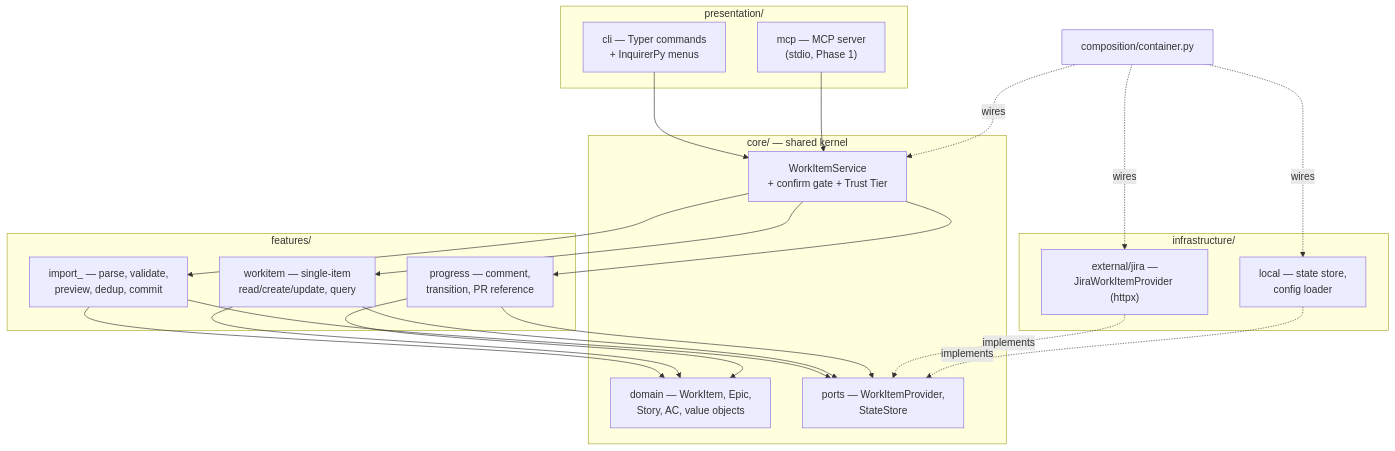
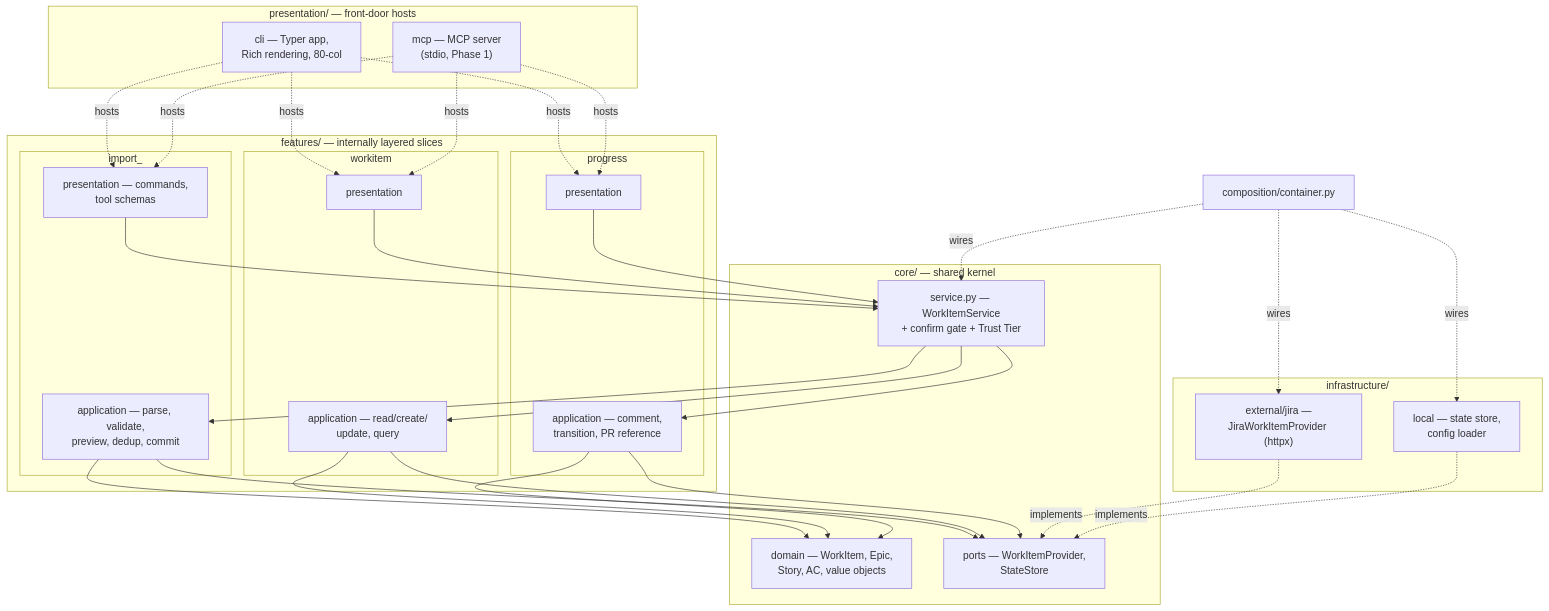
One commit to alonsovndev/dev-work-wire-docs changed the second of 2 diagrams in docs/03-architecture/core/architecture-solution-design.md. Above: the diagram before and after it, drawn with Mermaid. The commit also changed other lines of this file and 6 other files, not shown here.

````diff
--- a/docs/03-architecture/core/architecture-solution-design.md
+++ b/docs/03-architecture/core/architecture-solution-design.md
@@ -101,43 +105,60 @@
 ```mermaid
 flowchart TB
-  subgraph presentation["presentation/"]
-    CLI["cli — Typer commands<br/>+ InquirerPy menus"]
+  subgraph hosts["presentation/ — front-door hosts"]
+    CLI["cli — Typer app,<br/>Rich rendering, 80-col"]
     MCPS["mcp — MCP server<br/>(stdio, Phase 1)"]
   end
 
+  subgraph features["features/ — internally layered slices"]
+    subgraph imp["import_"]
+      IMPP["presentation — commands,<br/>tool schemas"]
+      IMPA["application — parse, validate,<br/>preview, dedup, commit"]
+    end
+    subgraph wi["workitem"]
+      WIP["presentation"]
+      WIA["application — read/create/<br/>update, query"]
+    end
+    subgraph prog["progress"]
+      PROGP["presentation"]
+      PROGA["application — comment,<br/>transition, PR reference"]
+    end
+  end
+
   subgraph kernel["core/ — shared kernel"]
-    SVC["WorkItemService<br/>+ confirm gate + Trust Tier"]
+    SVC["service.py — WorkItemService<br/>+ confirm gate + Trust Tier"]
     DOM["domain — WorkItem, Epic,<br/>Story, AC, value objects"]
     PORTS["ports — WorkItemProvider,<br/>StateStore"]
-  end
-
-  subgraph features["features/"]
-    IMP["import_ — parse, validate,<br/>preview, dedup, commit"]
-    WI["workitem — single-item<br/>read/create/update, query"]
-    PROG["progress — comment,<br/>transition, PR reference"]
   end
 
   subgraph infra["infrastructure/"]
     JIRA["external/jira —<br/>JiraWorkItemProvider (httpx)"]
     LOCAL["local — state store,<br/>config loader"]
   end
 
   COMP["composition/container.py"]
 
-  CLI --> SVC
-  MCPS --> SVC
-  SVC --> IMP
-  SVC --> WI
-  SVC --> PROG
-  IMP --> DOM
-  WI --> DOM
-  PROG --> DOM
-  IMP --> PORTS
-  WI --> PORTS
-  PROG --> PORTS
+  CLI -.hosts.-> IMPP
+  CLI -.hosts.-> WIP
+  CLI -.hosts.-> PROGP
+  MCPS -.hosts.-> IMPP
+  MCPS -.hosts.-> WIP
+  MCPS -.hosts.-> PROGP
+
+  IMPP --> SVC
+  WIP --> SVC
+  PROGP --> SVC
+  SVC --> IMPA
+  SVC --> WIA
+  SVC --> PROGA
+  IMPA --> DOM
+  WIA --> DOM
+  PROGA --> DOM
+  IMPA --> PORTS
+  WIA --> PORTS
+  PROGA --> PORTS
   JIRA -.implements.-> PORTS
   LOCAL -.implements.-> PORTS
   COMP -.wires.-> JIRA
   COMP -.wires.-> LOCAL
   COMP -.wires.-> SVC
 ```
````
